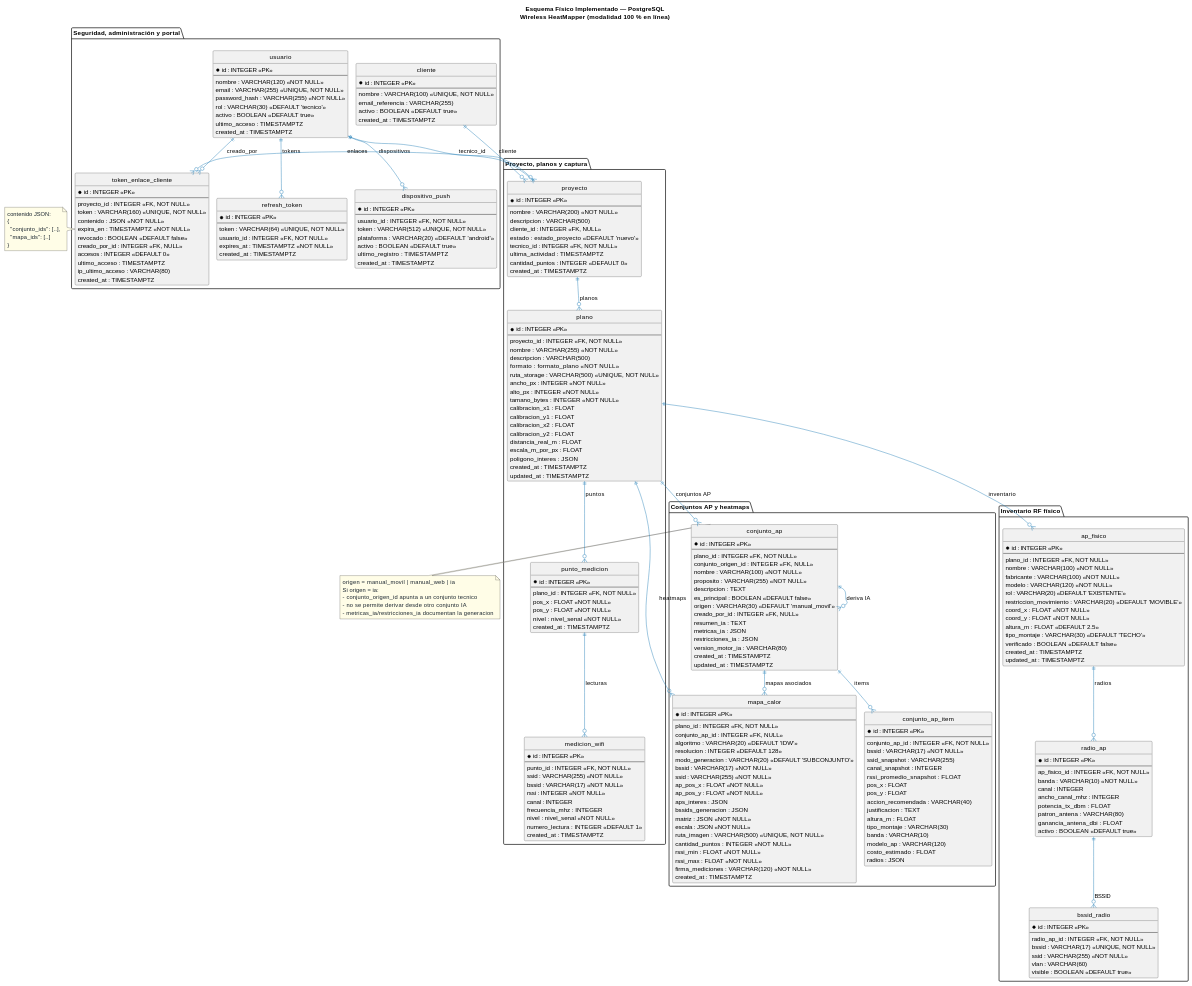
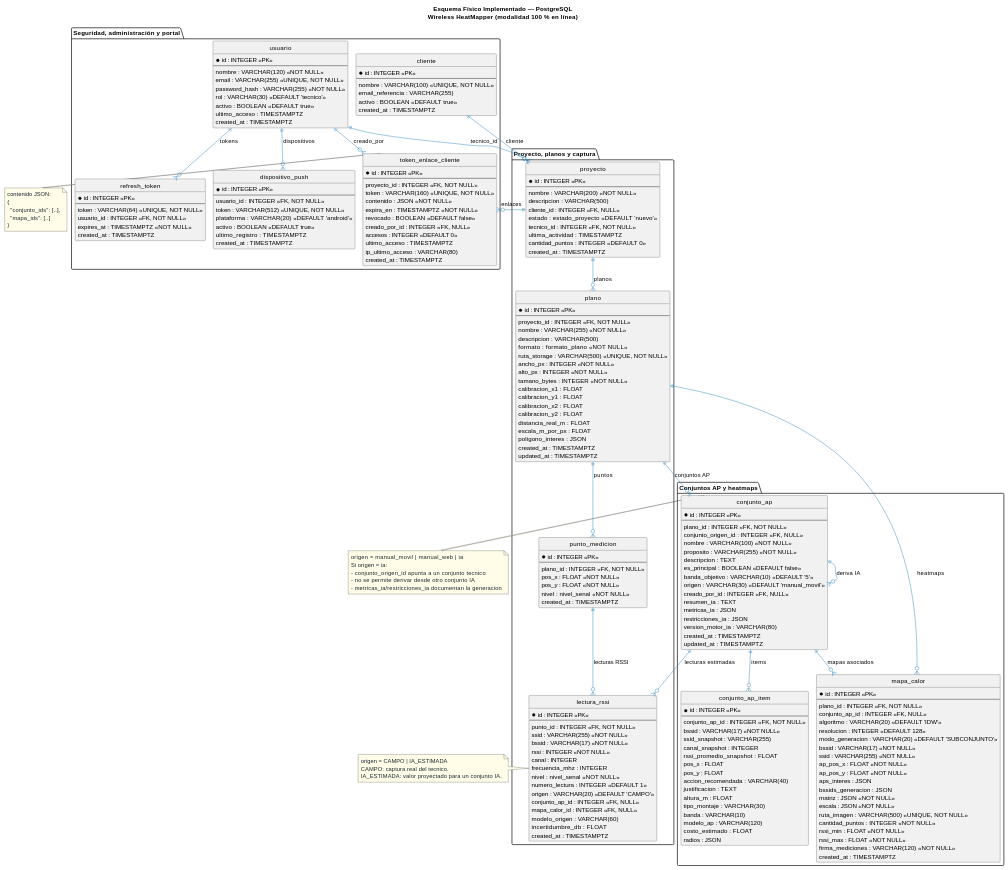
Before and after one commit to borysinho/wireless-heatmapper: the diagram in docs/ONLINE/PLAN-IMPLEMENTACION/19-modelo-base-datos-implementado.md, drawn with PlantUML. The commit also changed other lines of this file and 57 other files, not shown here.

```diff
--- a/docs/ONLINE/PLAN-IMPLEMENTACION/19-modelo-base-datos-implementado.md
+++ b/docs/ONLINE/PLAN-IMPLEMENTACION/19-modelo-base-datos-implementado.md
@@ -148,7 +150,7 @@
     created_at : TIMESTAMPTZ
   }
 
-  entity "medicion_wifi" as MEDICION {
+  entity "lectura_rssi" as LECTURA {
     * id : INTEGER <<PK>>
     --
     punto_id : INTEGER <<FK, NOT NULL>>
@@ -159,6 +161,11 @@
     frecuencia_mhz : INTEGER
     nivel : nivel_senal <<NOT NULL>>
     numero_lectura : INTEGER <<DEFAULT 1>>
+    origen : VARCHAR(20) <<DEFAULT 'CAMPO'>>
+    conjunto_ap_id : INTEGER <<FK, NULL>>
+    mapa_calor_id : INTEGER <<FK, NULL>>
+    modelo_origen : VARCHAR(60)
+    incertidumbre_db : FLOAT
     created_at : TIMESTAMPTZ
   }
 }
@@ -173,6 +180,7 @@
     proposito : VARCHAR(255) <<NOT NULL>>
     descripcion : TEXT
     es_principal : BOOLEAN <<DEFAULT false>>
+    banda_objetivo : VARCHAR(10) <<DEFAULT '5'>>
     origen : VARCHAR(30) <<DEFAULT 'manual_movil'>>
     creado_por_id : INTEGER <<FK, NULL>>
     resumen_ia : TEXT
@@ -228,49 +236,6 @@
   }
 }
 
-package "Inventario RF físico" {
-  entity "ap_fisico" as AP_FISICO {
-    * id : INTEGER <<PK>>
-    --
-    plano_id : INTEGER <<FK, NOT NULL>>
-    nombre : VARCHAR(100) <<NOT NULL>>
-    fabricante : VARCHAR(100) <<NOT NULL>>
-    modelo : VARCHAR(120) <<NOT NULL>>
-    rol : VARCHAR(20) <<DEFAULT 'EXISTENTE'>>
-    restriccion_movimiento : VARCHAR(20) <<DEFAULT 'MOVIBLE'>>
-    coord_x : FLOAT <<NOT NULL>>
-    coord_y : FLOAT <<NOT NULL>>
-    altura_m : FLOAT <<DEFAULT 2.5>>
-    tipo_montaje : VARCHAR(30) <<DEFAULT 'TECHO'>>
-    verificado : BOOLEAN <<DEFAULT false>>
-    created_at : TIMESTAMPTZ
-    updated_at : TIMESTAMPTZ
-  }
-
-  entity "radio_ap" as RADIO {
-    * id : INTEGER <<PK>>
-    --
-    ap_fisico_id : INTEGER <<FK, NOT NULL>>
-    banda : VARCHAR(10) <<NOT NULL>>
-    canal : INTEGER
-    ancho_canal_mhz : INTEGER
-    potencia_tx_dbm : FLOAT
-    patron_antena : VARCHAR(80)
-    ganancia_antena_dbi : FLOAT
-    activo : BOOLEAN <<DEFAULT true>>
-  }
-
-  entity "bssid_radio" as BSSID_RADIO {
-    * id : INTEGER <<PK>>
-    --
-    radio_ap_id : INTEGER <<FK, NOT NULL>>
-    bssid : VARCHAR(17) <<UNIQUE, NOT NULL>>
-    ssid : VARCHAR(255) <<NOT NULL>>
-    vlan : VARCHAR(60)
-    visible : BOOLEAN <<DEFAULT true>>
-  }
-}
-
 USUARIO ||--o{ REFRESH : "tokens"
 USUARIO ||--o{ PUSH : "dispositivos"
 USUARIO ||--o{ PROYECTO : "tecnico_id"
@@ -279,15 +244,13 @@
 PROYECTO ||--o{ PLANO : "planos"
 PROYECTO ||--o{ TOKEN_CLIENTE : "enlaces"
 PLANO ||--o{ PUNTO : "puntos"
-PUNTO ||--o{ MEDICION : "lecturas"
+PUNTO ||--o{ LECTURA : "lecturas RSSI"
 PLANO ||--o{ CONJUNTO : "conjuntos AP"
 CONJUNTO ||--o{ CONJUNTO_ITEM : "items"
 CONJUNTO ||--o{ CONJUNTO : "deriva IA"
+CONJUNTO ||--o{ LECTURA : "lecturas estimadas"
 PLANO ||--o{ MAPA : "heatmaps"
 CONJUNTO ||--o{ MAPA : "mapas asociados"
-PLANO ||--o{ AP_FISICO : "inventario"
-AP_FISICO ||--o{ RADIO : "radios"
-RADIO ||--o{ BSSID_RADIO : "BSSID"
 
 note right of CONJUNTO
   origen = manual_movil | manual_web | ia
@@ -295,6 +258,12 @@
   - conjunto_origen_id apunta a un conjunto tecnico
   - no se permite derivar desde otro conjunto IA
   - metricas_ia/restricciones_ia documentan la generacion
+end note
+
+note right of LECTURA
+  origen = CAMPO | IA_ESTIMADA
+  CAMPO: captura real del tecnico.
+  IA_ESTIMADA: valor proyectado para un conjunto IA.
 end note
 
 note right of TOKEN_CLIENTE
```
